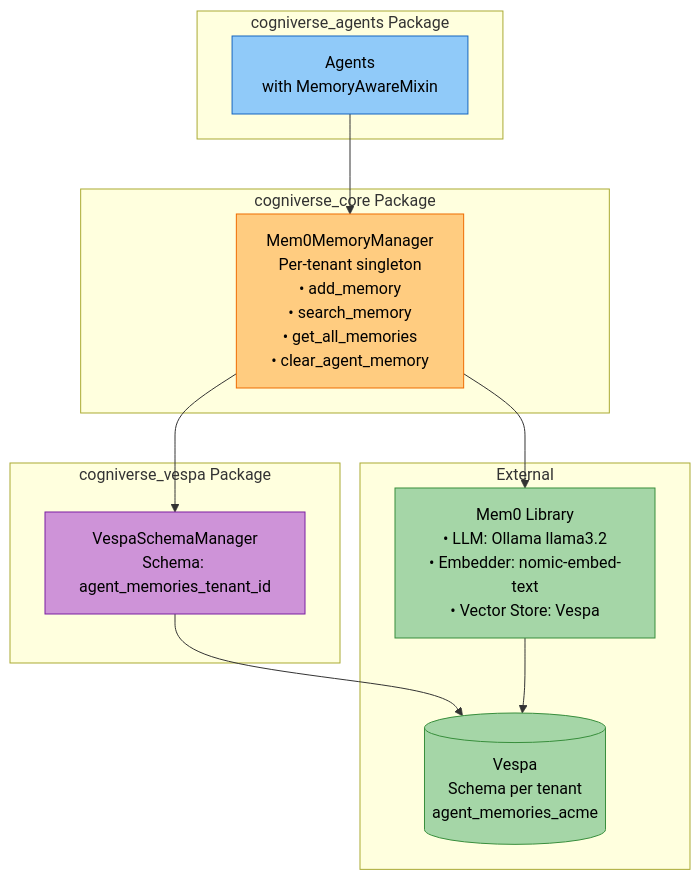
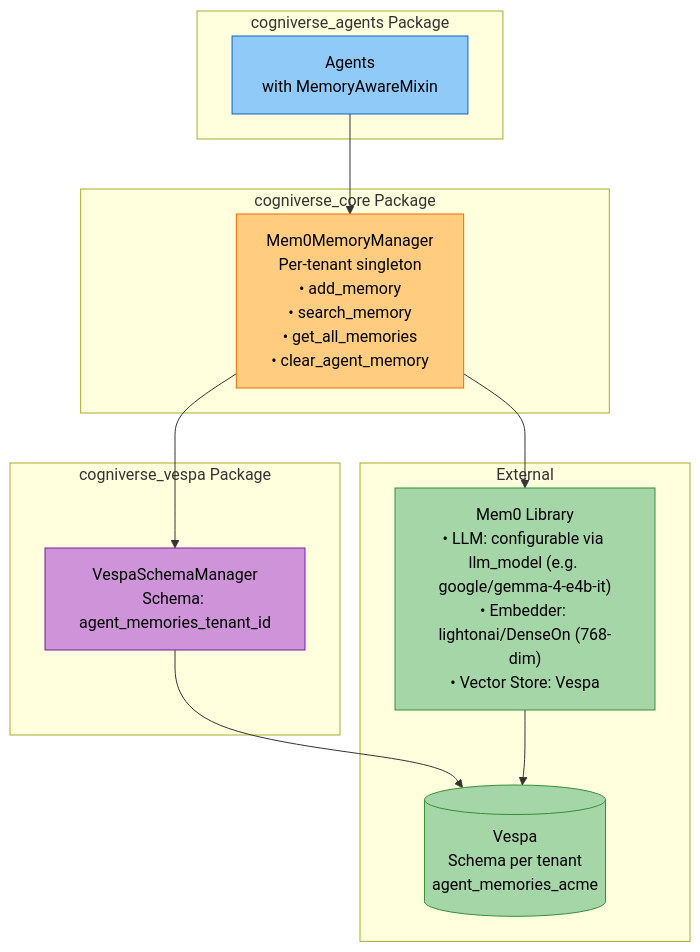
The second of 4 diagrams in docs/modules/common.md (amit-jain/cogniverse), drawn with Mermaid before and after one commit. The commit also changed other lines of this file and 50 other files, not shown here.

First line of the commit message:
Complete and verify docs against code with mermaid palette

````diff
--- a/docs/modules/common.md
+++ b/docs/modules/common.md
@@ -111,31 +121,31 @@
 ```mermaid
 flowchart TB
     subgraph "cogniverse_agents Package"
         AgentLayer["<span style='color:#000'>Agents<br/>with MemoryAwareMixin</span>"]
     end
 
     subgraph "cogniverse_core Package"
         MemoryManager["<span style='color:#000'>Mem0MemoryManager<br/>Per-tenant singleton<br/>• add_memory<br/>• search_memory<br/>• get_all_memories<br/>• clear_agent_memory</span>"]
     end
 
     subgraph "cogniverse_vespa Package"
         SchemaManager["<span style='color:#000'>VespaSchemaManager<br/>Schema: agent_memories_tenant_id</span>"]
     end
 
     subgraph External
-        Mem0Lib["<span style='color:#000'>Mem0 Library<br/>• LLM: Ollama llama3.2<br/>• Embedder: nomic-embed-text<br/>• Vector Store: Vespa</span>"]
+        Mem0Lib["<span style='color:#000'>Mem0 Library<br/>• LLM: configurable via llm_model (e.g. google/gemma-4-e4b-it)<br/>• Embedder: lightonai/DenseOn (768-dim)<br/>• Vector Store: Vespa</span>"]
         VespaDB[("<span style='color:#000'>Vespa<br/>Schema per tenant<br/>agent_memories_acme</span>")]
     end
 
     AgentLayer --> MemoryManager
     MemoryManager --> SchemaManager
     MemoryManager --> Mem0Lib
     SchemaManager --> VespaDB
     Mem0Lib --> VespaDB
 
     style AgentLayer fill:#90caf9,stroke:#1565c0,color:#000
     style MemoryManager fill:#ffcc80,stroke:#ef6c00,color:#000
     style SchemaManager fill:#ce93d8,stroke:#7b1fa2,color:#000
     style Mem0Lib fill:#a5d6a7,stroke:#388e3c,color:#000
     style VespaDB fill:#a5d6a7,stroke:#388e3c,color:#000
 ```
````
